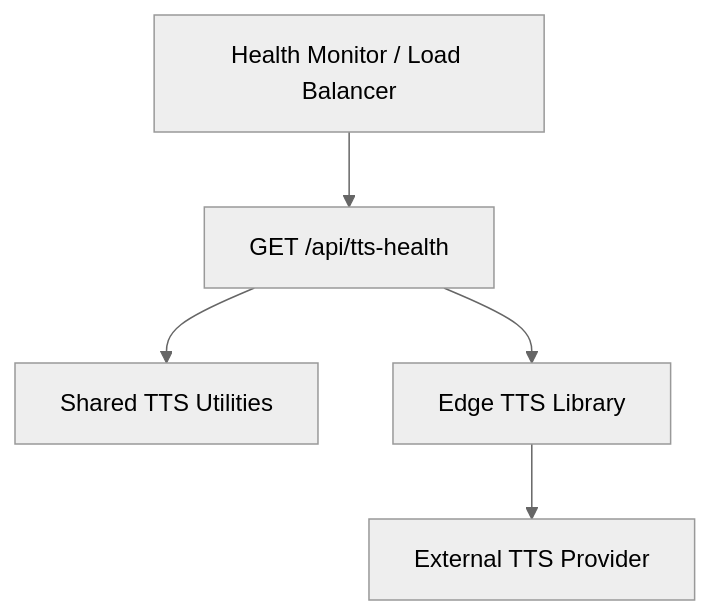
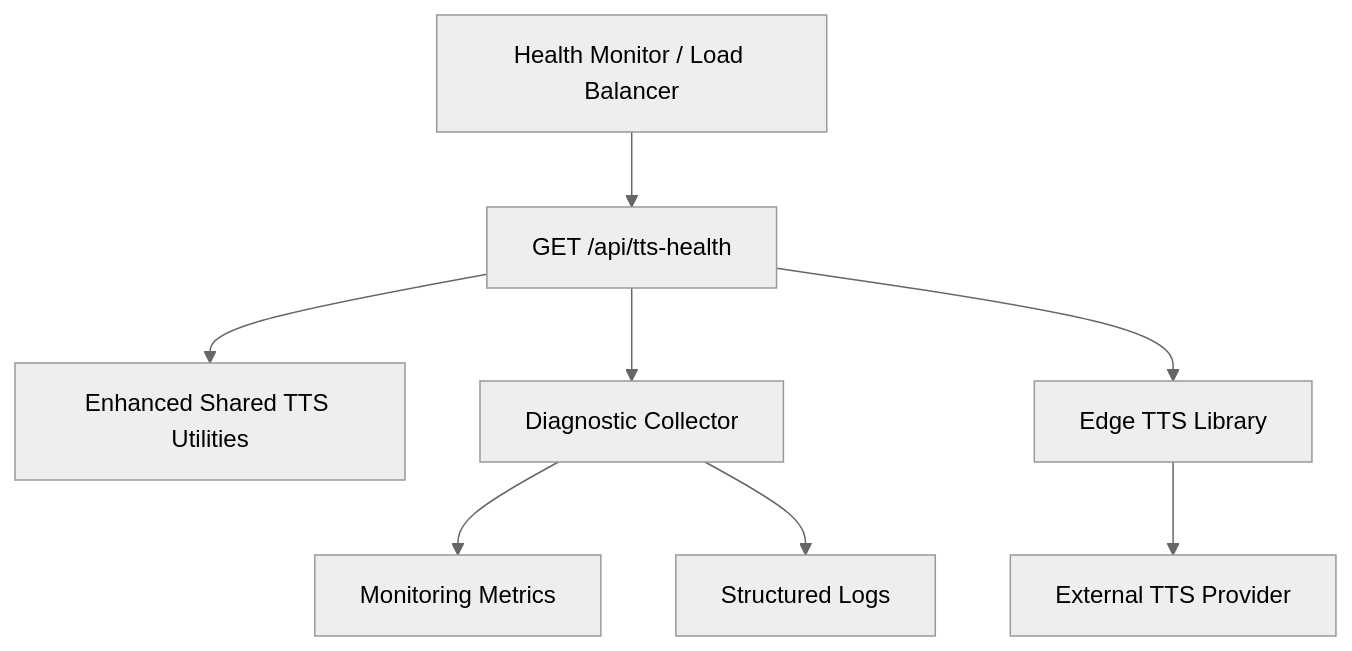
One commit to zmyeo54/briefroom changed the first of 3 diagrams in .qoder/repowiki/en/content/API Reference/TTS Health Check API.md. Above: the diagram before and after it, drawn with Mermaid (neutral theme). The commit also changed other lines of this file and 7 other files, not shown here.

````diff
--- a/.qoder/repowiki/en/content/API Reference/TTS Health Check API.md
+++ b/.qoder/repowiki/en/content/API Reference/TTS Health Check API.md
@@ -27,7 +35,10 @@
 ```mermaid
 graph TB
 Client["Health Monitor / Load Balancer"] --> Endpoint["GET /api/tts-health"]
-Endpoint --> Shared["Shared TTS Utilities"]
+Endpoint --> Shared["Enhanced Shared TTS Utilities"]
+Endpoint --> Diagnostics["Diagnostic Collector"]
 Endpoint --> EdgeTTS["Edge TTS Library"]
+Diagnostics --> Metrics["Monitoring Metrics"]
+Diagnostics --> Logs["Structured Logs"]
 EdgeTTS --> ExternalTTS["External TTS Provider"]
 ```
````
